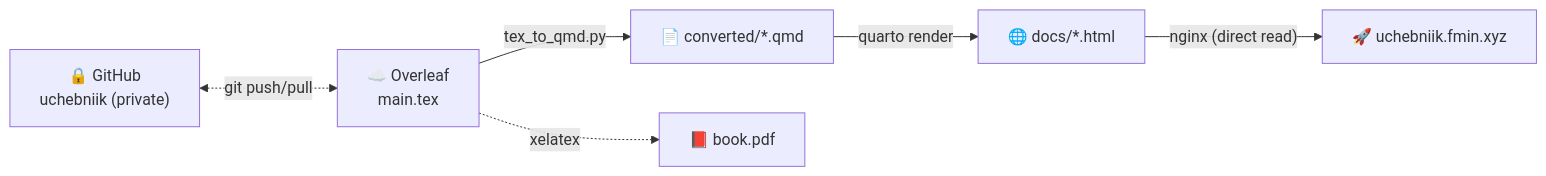
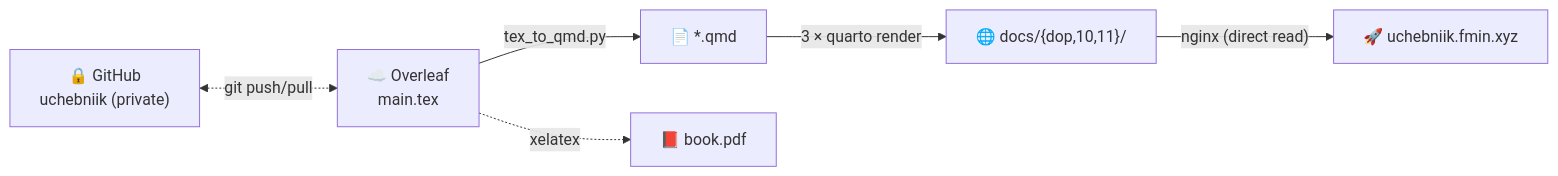
One commit to educational-ai/sigma changed the diagram in index.qmd. Above: the diagram before and after it, drawn with Mermaid. The commit also changed other lines of this file and 161 other files, not shown here.

Commit message:
split into 3 independent quarto book projects (dop/, 10/, 11/) with own sidebars; landing as website project with book-cards (order: dop first)

````diff
--- a/index.qmd
+++ b/index.qmd
@@ -23,8 +70,8 @@
 ```{mermaid}
 flowchart LR
-    OL["☁️ Overleaf<br/>main.tex"] -->|"tex_to_qmd.py"| QMD["📄 converted/*.qmd"]
-    QMD -->|"quarto render"| HTML["🌐 docs/*.html"]
+    OL["☁️ Overleaf<br/>main.tex"] -->|"tex_to_qmd.py"| QMD["📄 *.qmd"]
+    QMD -->|"3 × quarto render"| HTML["🌐 docs/{dop,10,11}/"]
     HTML -->|"nginx (direct read)"| SITE["🚀 uchebniik.fmin.xyz"]
     OL -.->|"xelatex"| PDF["📕 book.pdf"]
     GH["🔒 GitHub<br/>uchebniik (private)"] <-.->|"git push/pull"| OL
 ```
````
